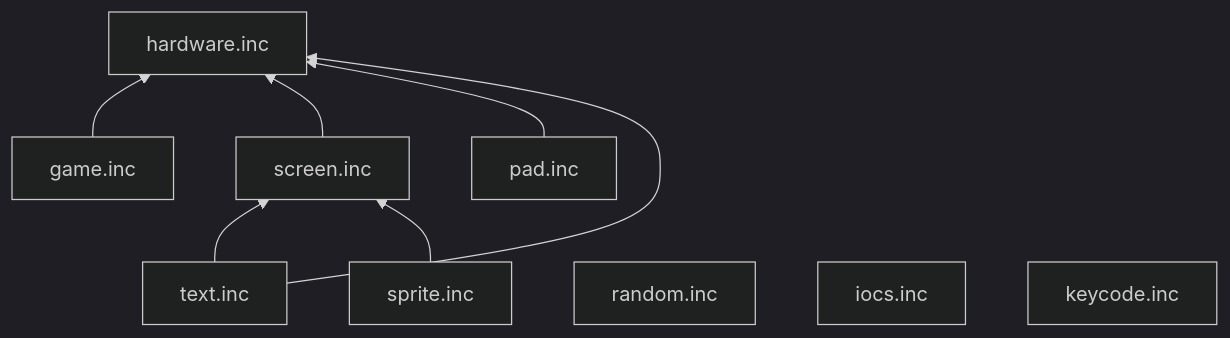
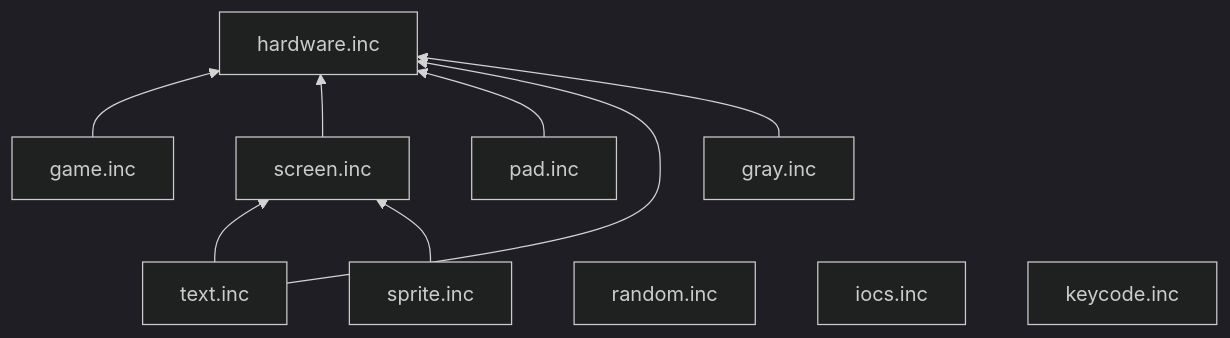
The diagram in docs/manual/06_INCLUDE_FILES.md (litchi-gh/pc-e500_tools), drawn with Mermaid (dark theme) before and after one commit. The commit also changed other lines of this file and 20 other files, not shown here.

First line of the commit message:
gray.inc: four levels of grey from blinking dots, and the GrayDemo sample

````diff
--- a/docs/manual/06_INCLUDE_FILES.md
+++ b/docs/manual/06_INCLUDE_FILES.md
@@ -54,14 +55,15 @@
 ```mermaid
 %%{init: {"htmlLabels": false, "flowchart": {"htmlLabels": false, "wrappingWidth": 1000}}}%%
 flowchart BT
   H["hardware.inc"]
   G["game.inc"] --> H
   S["screen.inc"] --> H
   P["pad.inc"] --> H
   T["text.inc"] --> S
   T --> H
   C["sprite.inc"] --> S
   R["random.inc"]
+  Y["gray.inc"] --> H
   I["iocs.inc"]
   K["keycode.inc"]
 ```
````
